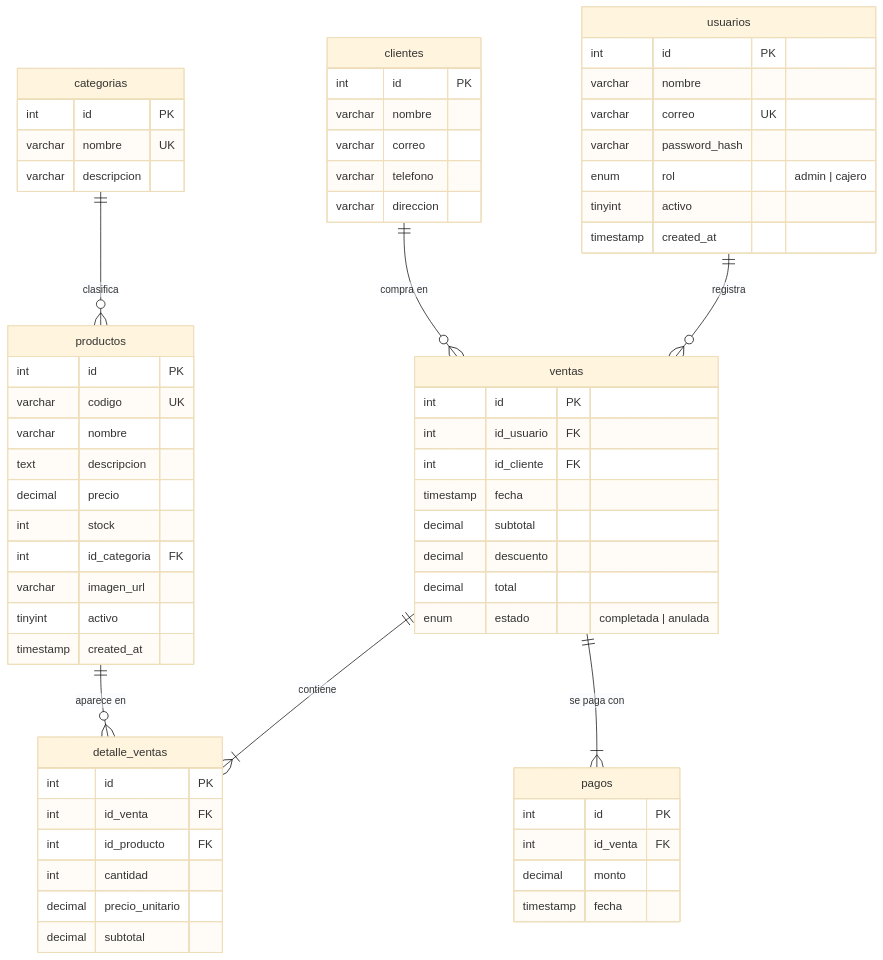
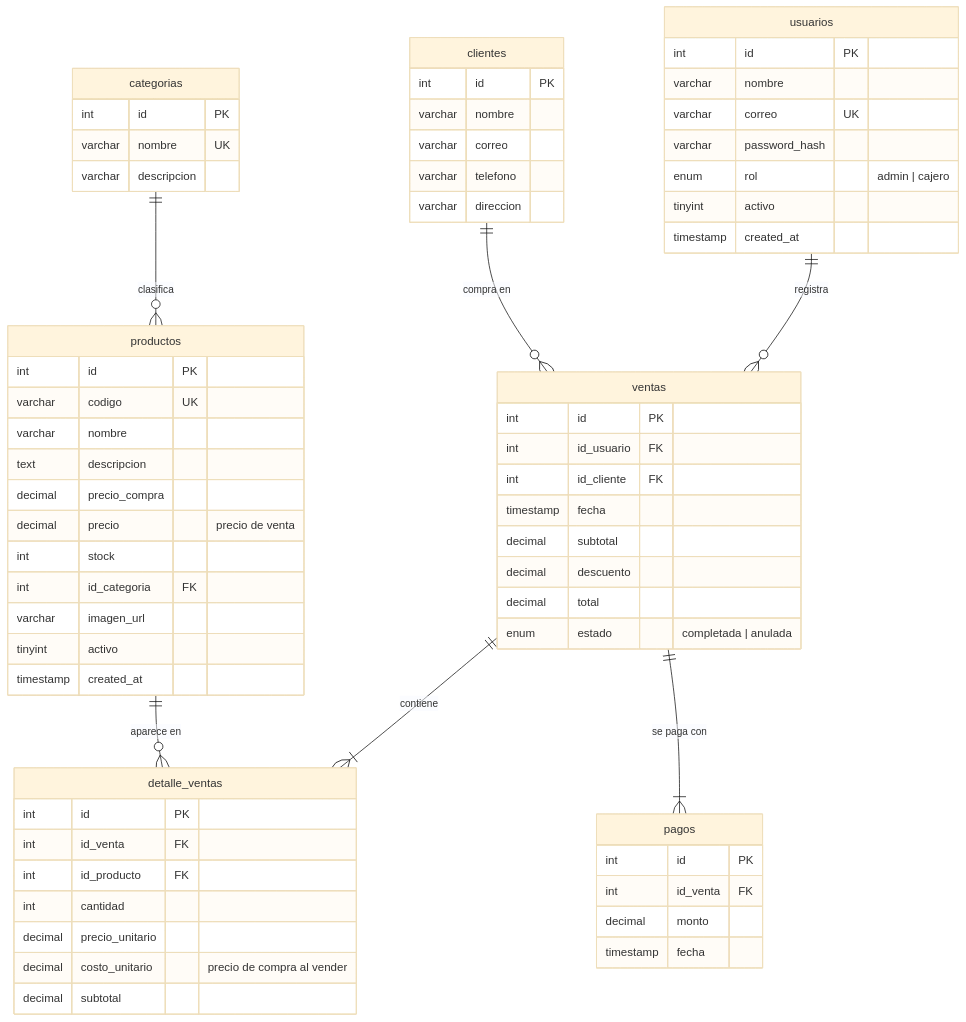
Before and after one commit to david69-js/tarea-seguridad-auditoria: the diagram in docs/DIAGRAMA_ER.md, drawn with Mermaid (base theme). The commit also changed 20 other files, not shown here.

````diff
--- a/docs/DIAGRAMA_ER.md
+++ b/docs/DIAGRAMA_ER.md
@@ -9,67 +9,69 @@
 ```mermaid
 erDiagram
     usuarios ||--o{ ventas : registra
     clientes ||--o{ ventas : "compra en"
     ventas ||--|{ detalle_ventas : contiene
     ventas ||--|{ pagos : "se paga con"
     productos ||--o{ detalle_ventas : "aparece en"
     categorias ||--o{ productos : clasifica
 
     usuarios {
         int id PK
         varchar nombre
         varchar correo UK
         varchar password_hash
         enum rol "admin | cajero"
         tinyint activo
         timestamp created_at
     }
     categorias {
         int id PK
         varchar nombre UK
         varchar descripcion
     }
     productos {
         int id PK
         varchar codigo UK
         varchar nombre
         text descripcion
-        decimal precio
+        decimal precio_compra
+        decimal precio "precio de venta"
         int stock
         int id_categoria FK
         varchar imagen_url
         tinyint activo
         timestamp created_at
     }
     clientes {
         int id PK
         varchar nombre
         varchar correo
         varchar telefono
         varchar direccion
     }
     ventas {
         int id PK
         int id_usuario FK
         int id_cliente FK
         timestamp fecha
         decimal subtotal
         decimal descuento
         decimal total
         enum estado "completada | anulada"
     }
     detalle_ventas {
         int id PK
         int id_venta FK
         int id_producto FK
         int cantidad
         decimal precio_unitario
+        decimal costo_unitario "precio de compra al vender"
         decimal subtotal
     }
     pagos {
         int id PK
         int id_venta FK
         decimal monto
         timestamp fecha
     }
 ```
````
